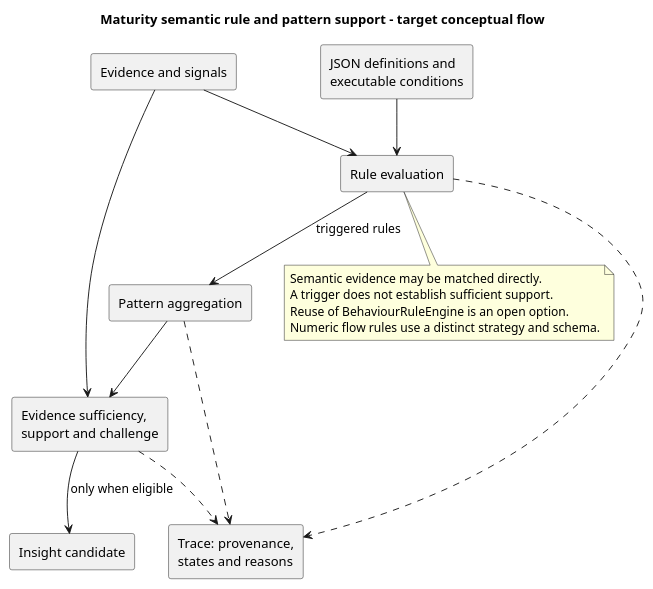
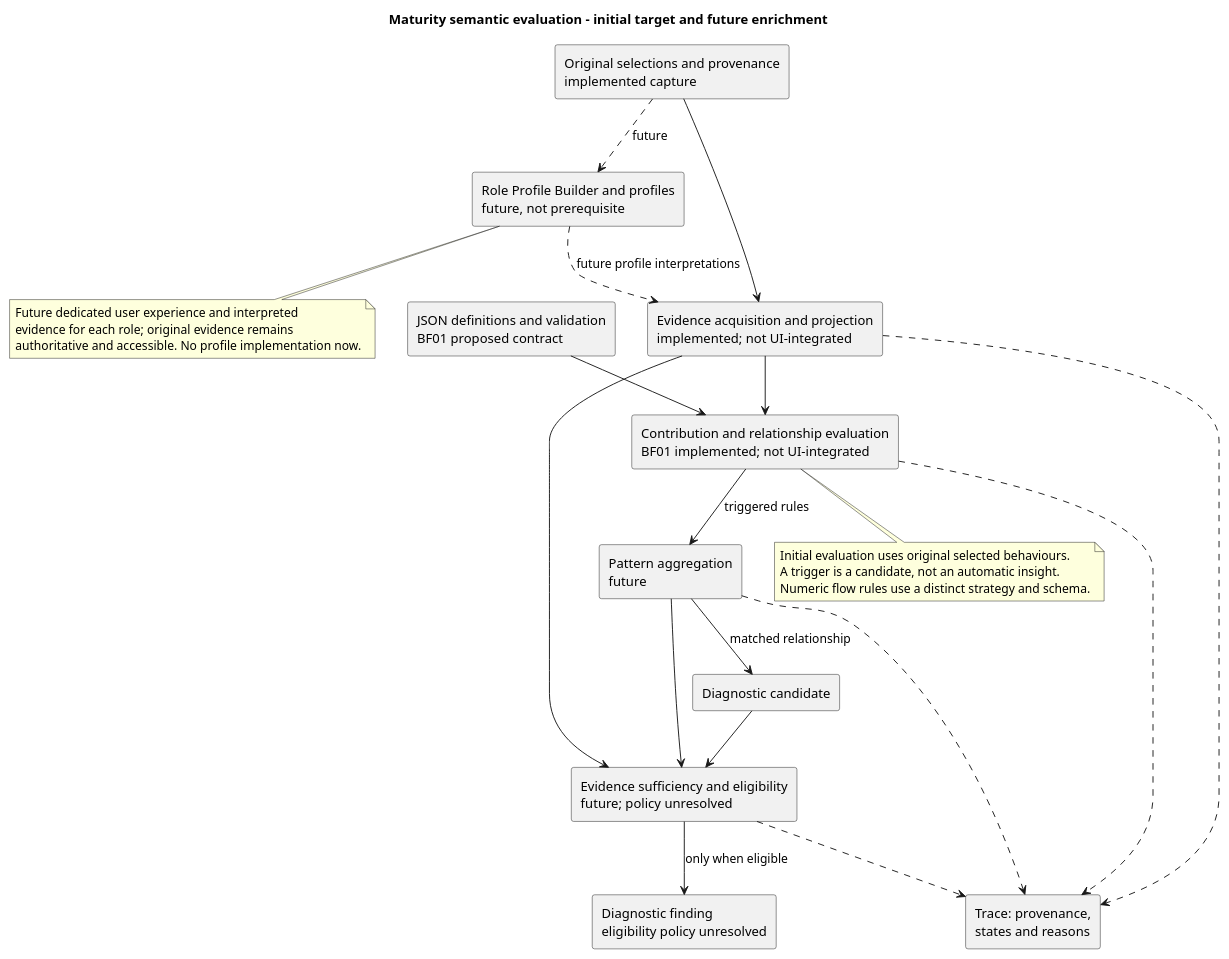
Before and after one commit to Dowlingfuau/Empowered-Delivery: the diagram in OperationalIntelligenceHub/docs/architecture/rule_engine_interaction.puml, drawn with PlantUML. The commit also changed 26 other files, not shown here.

Commit message:
Documentation and stage 1 changes for maturity assessment insight pipeline upgrade

```diff
--- a/OperationalIntelligenceHub/docs/architecture/rule_engine_interaction.puml
+++ b/OperationalIntelligenceHub/docs/architecture/rule_engine_interaction.puml
@@ -1,25 +1,38 @@
 @startuml
-title Maturity semantic rule and pattern support - target conceptual flow
-rectangle "Evidence and signals" as evidence
-rectangle "JSON definitions and\nexecutable conditions" as rules
-rectangle "Rule evaluation" as match
-rectangle "Pattern aggregation" as aggregate
-rectangle "Evidence sufficiency,\nsupport and challenge" as support
-rectangle "Insight candidate" as candidate
+title Maturity semantic evaluation - initial target and future enrichment
+rectangle "Original selections and provenance\nimplemented capture" as evidence
+rectangle "Evidence acquisition and projection\nimplemented; not UI-integrated" as projection
+rectangle "Role Profile Builder and profiles\nfuture, not prerequisite" as profiles
+rectangle "JSON definitions and validation\nBF01 proposed contract" as rules
+rectangle "Contribution and relationship evaluation\nBF01 implemented; not UI-integrated" as match
+rectangle "Pattern aggregation\nfuture" as aggregate
+rectangle "Diagnostic candidate" as candidate
+rectangle "Evidence sufficiency and eligibility\nfuture; policy unresolved" as support
+rectangle "Diagnostic finding\neligibility policy unresolved" as finding
 rectangle "Trace: provenance,\nstates and reasons" as trace
-evidence --> match
+evidence --> projection
+evidence ..> profiles : future
+profiles ..> projection : future profile interpretations
+projection --> match
 rules --> match
 match --> aggregate : triggered rules
 aggregate --> support
-evidence --> support
-support --> candidate : only when eligible
+projection --> support
+aggregate --> candidate : matched relationship
+candidate --> support
+support --> finding : only when eligible
+projection ..> trace
 match ..> trace
 aggregate ..> trace
 support ..> trace
 note bottom of match
-  Semantic evidence may be matched directly.
-  A trigger does not establish sufficient support.
-  Reuse of BehaviourRuleEngine is an open option.
+  Initial evaluation uses original selected behaviours.
+  A trigger is a candidate, not an automatic insight.
   Numeric flow rules use a distinct strategy and schema.
 end note
+note bottom of profiles
+  Future dedicated user experience and interpreted
+  evidence for each role; original evidence remains
+  authoritative and accessible. No profile implementation now.
+end note
 @enduml
```
